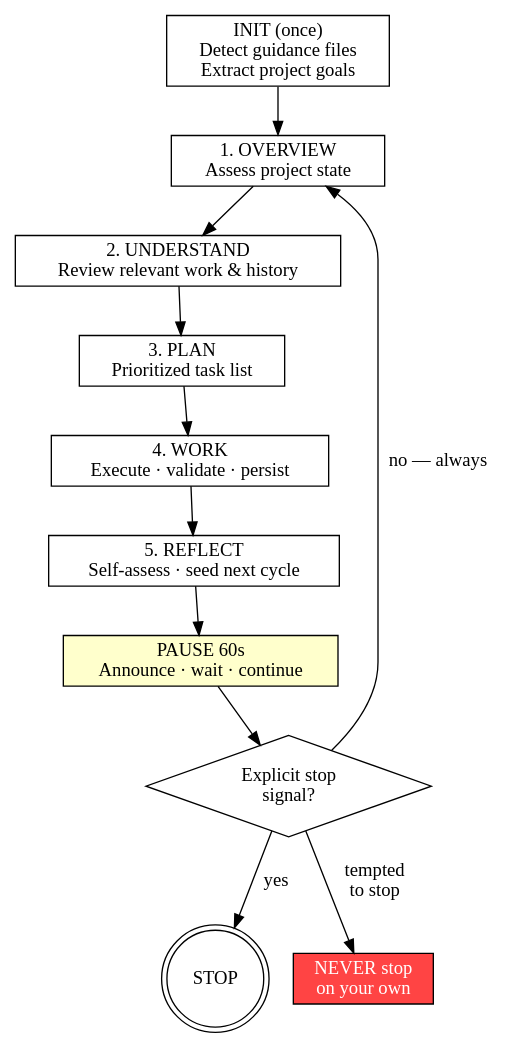
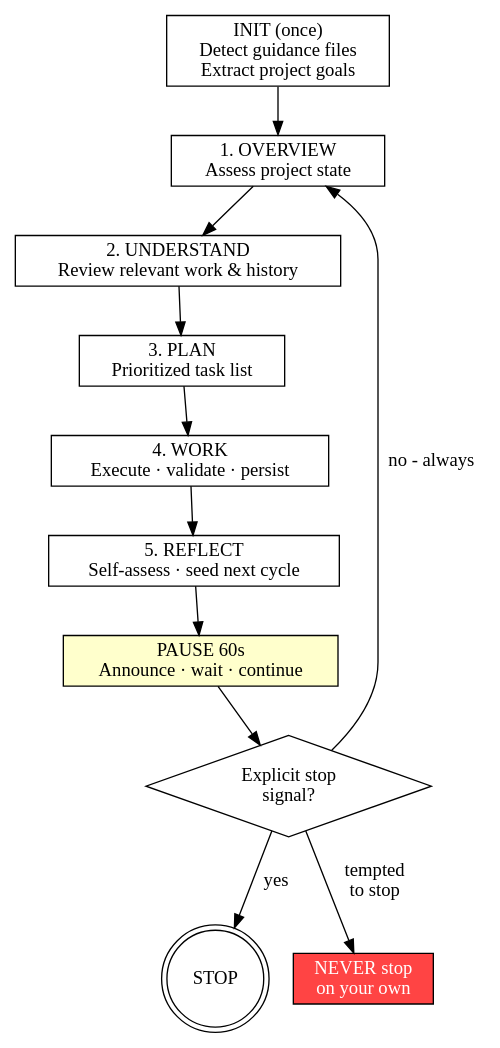
The diagram in autogrind/SKILL.md (ttttonyhe/autogrind-skills), drawn with Graphviz before and after one commit. The commit also changed other lines of this file and 17 other files, not shown here.

````diff
--- a/autogrind/SKILL.md
+++ b/autogrind/SKILL.md
@@ -26,21 +26,21 @@
 ```dot
 digraph autogrind {
     rankdir=TB;
     init      [label="INIT (once)\nDetect guidance files\nExtract project goals", shape=box];
     overview  [label="1. OVERVIEW\nAssess project state", shape=box];
     understand[label="2. UNDERSTAND\nReview relevant work & history", shape=box];
     plan      [label="3. PLAN\nPrioritized task list", shape=box];
     work      [label="4. WORK\nExecute · validate · persist", shape=box];
     reflect   [label="5. REFLECT\nSelf-assess · seed next cycle", shape=box];
     pause     [label="PAUSE 60s\nAnnounce · wait · continue", shape=box, style=filled, fillcolor="#ffffcc"];
     check     [label="Explicit stop\nsignal?", shape=diamond];
     done      [label="STOP", shape=doublecircle];
     warn      [label="NEVER stop\non your own", shape=box, style=filled, fillcolor="#ff4444", fontcolor=white];
 
     init -> overview;
     overview -> understand -> plan -> work -> reflect -> pause -> check;
     check -> done      [label="yes"];
-    check -> overview  [label="no — always"];
+    check -> overview  [label="no - always"];
     check -> warn      [label="tempted\nto stop"];
 }
 ```
````
